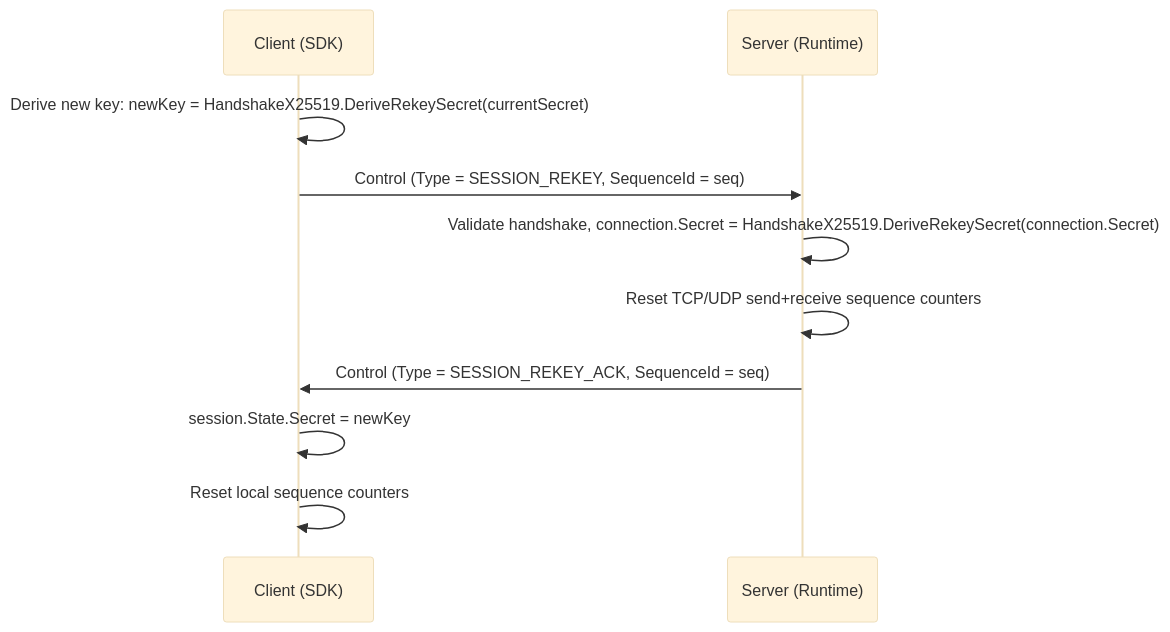
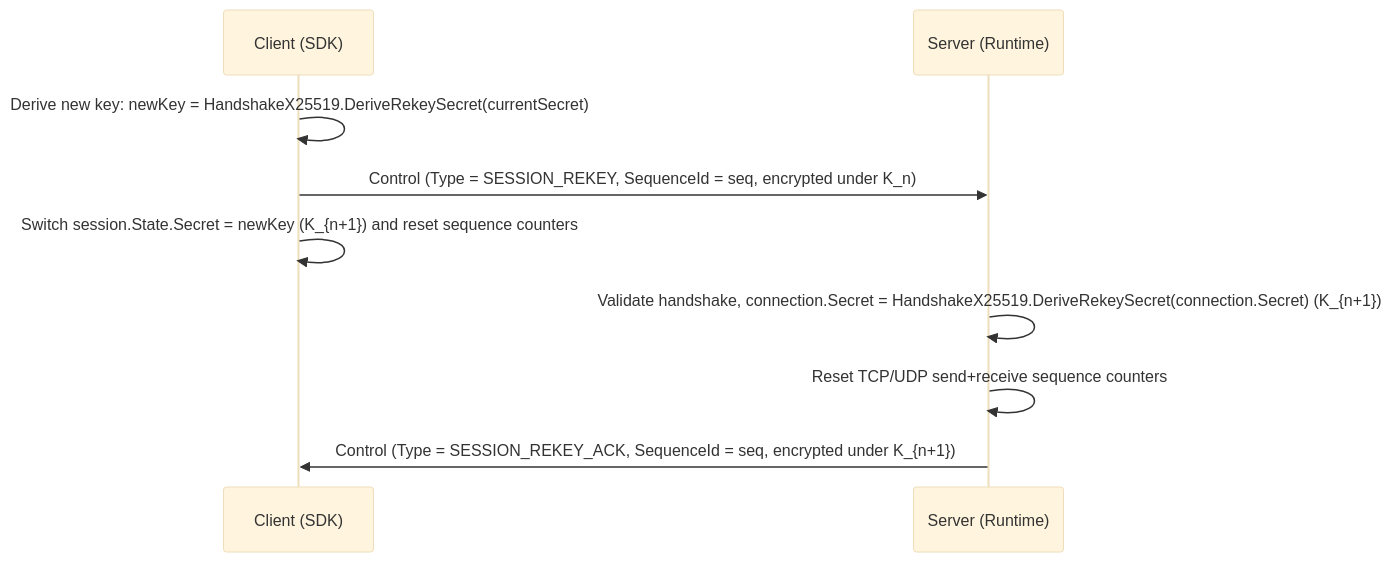
One commit to ppn-systems/nalix-docs changed the diagram in src/content/docs/en-us/api/security/session-rekey.md. Above: the diagram before and after it, drawn with Mermaid (base theme). The commit also changed other lines of this file and 180 other files, not shown here.

````diff
--- a/src/content/docs/en-us/api/security/session-rekey.md
+++ b/src/content/docs/en-us/api/security/session-rekey.md
@@ -19,13 +19,12 @@
 ```mermaid
 sequenceDiagram
     participant C as Client (SDK)
     participant S as Server (Runtime)
 
     C->>C: Derive new key: newKey = HandshakeX25519.DeriveRekeySecret(currentSecret)
-    C->>S: Control (Type = SESSION_REKEY, SequenceId = seq)
-    S->>S: Validate handshake, connection.Secret = HandshakeX25519.DeriveRekeySecret(connection.Secret)
+    C->>S: Control (Type = SESSION_REKEY, SequenceId = seq, encrypted under K_n)
+    C->>C: Switch session.State.Secret = newKey (K_{n+1}) and reset sequence counters
+    S->>S: Validate handshake, connection.Secret = HandshakeX25519.DeriveRekeySecret(connection.Secret) (K_{n+1})
     S->>S: Reset TCP/UDP send+receive sequence counters
-    S->>C: Control (Type = SESSION_REKEY_ACK, SequenceId = seq)
-    C->>C: session.State.Secret = newKey
-    C->>C: Reset local sequence counters
+    S->>C: Control (Type = SESSION_REKEY_ACK, SequenceId = seq, encrypted under K_{n+1})
 ```
````
